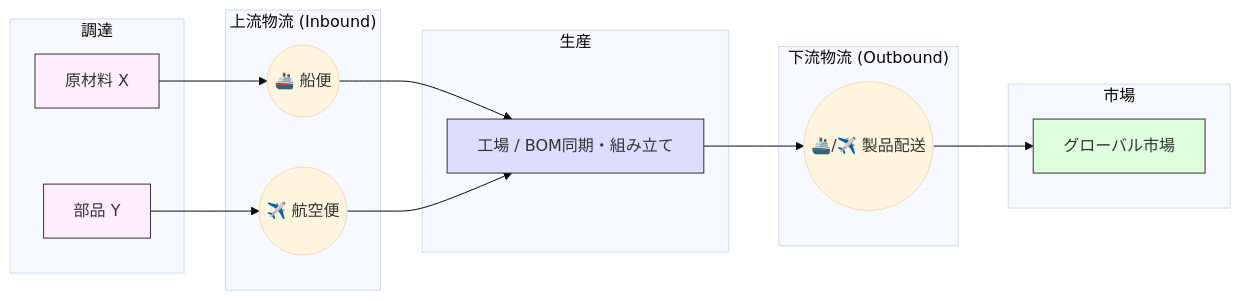
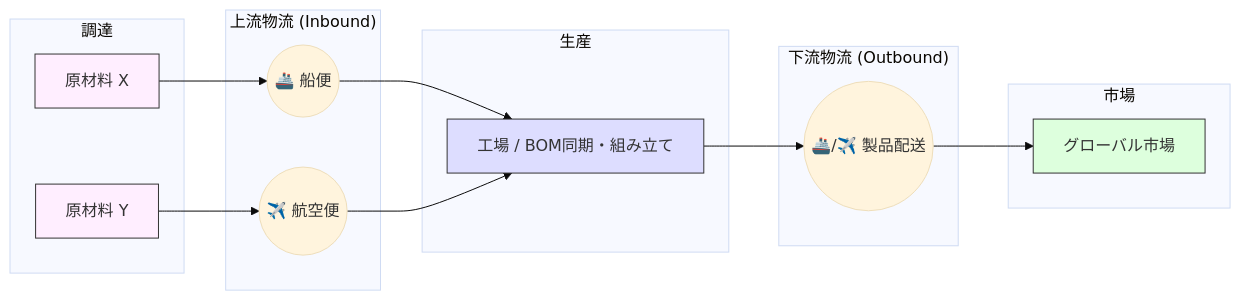
The first of 3 diagrams in README_JP.md (miumigy/gsctycn), drawn with Mermaid (base theme) before and after one commit. The commit also changed 1 other file, not shown here.

Commit message:
docs: update Mermaid diagram to reflect that only raw materials are used (no components)

````diff
--- a/README_JP.md
+++ b/README_JP.md
@@ -14,36 +14,36 @@
 ```mermaid
 graph LR
     subgraph Sourcing ["調達"]
-        RM[原材料 X]
-        PT[部品 Y]
+        RM1[原材料 X]
+        RM2[原材料 Y]
     end
 
     subgraph Inbound ["上流物流 (Inbound)"]
         Air((✈️ 航空便))
         Sea((🚢 船便))
     end
 
     subgraph Production ["生産"]
         Fact[工場 / BOM同期・組み立て]
     end
 
     subgraph Outbound ["下流物流 (Outbound)"]
         Delivery((🚢/✈️ 製品配送))
     end
 
     subgraph Distribution ["市場"]
         Mkt[グローバル市場]
     end
 
-    RM --> Sea
-    PT --> Air
+    RM1 --> Sea
+    RM2 --> Air
     Sea --> Fact
     Air --> Fact
     Fact --> Delivery
     Delivery --> Mkt
 
-    style RM fill:#fef,stroke:#333
-    style PT fill:#fef,stroke:#333
+    style RM1 fill:#fef,stroke:#333
+    style RM2 fill:#fef,stroke:#333
     style Fact fill:#ddf,stroke:#333
     style Mkt fill:#dfd,stroke:#333
 ```
````
